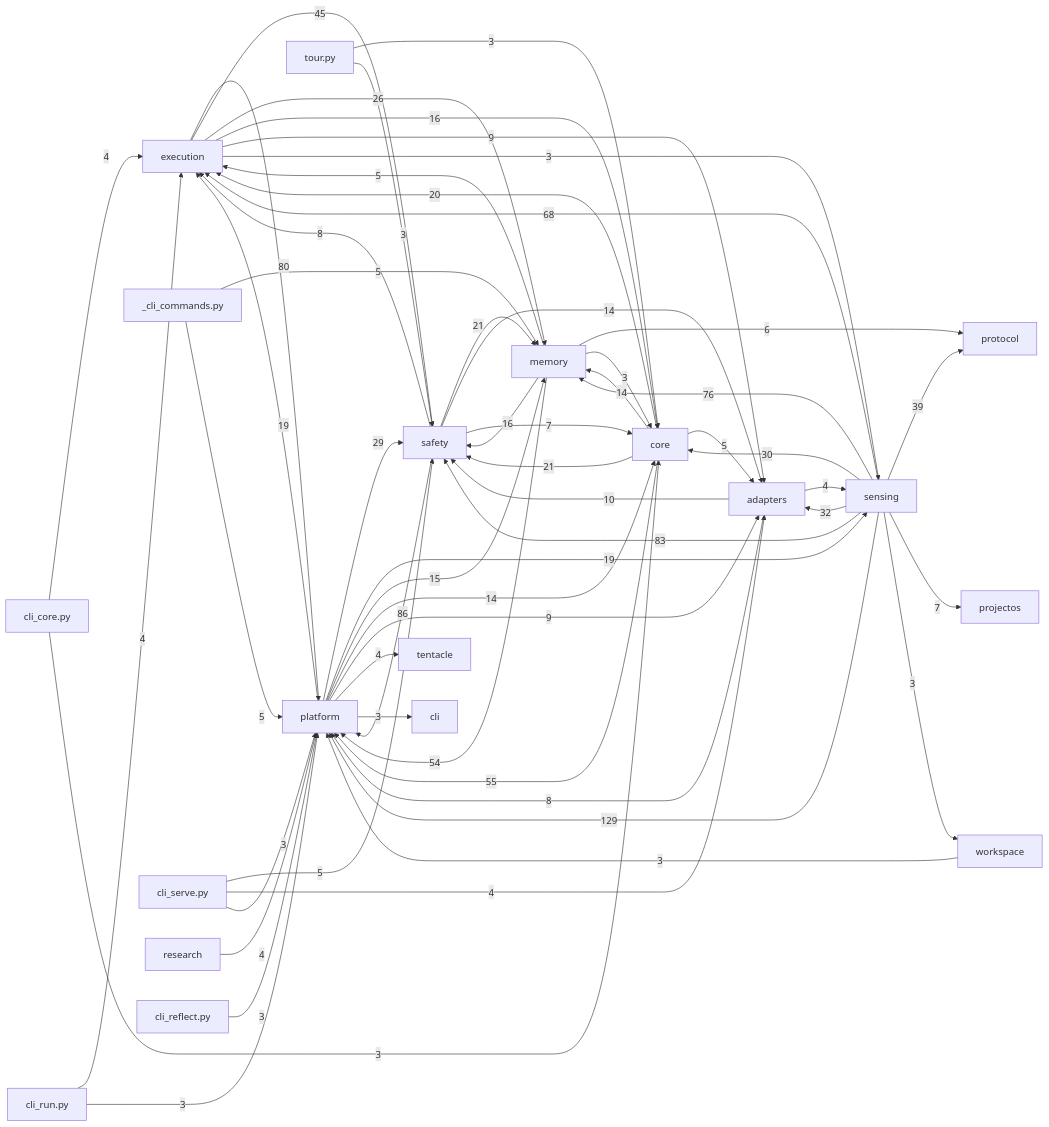
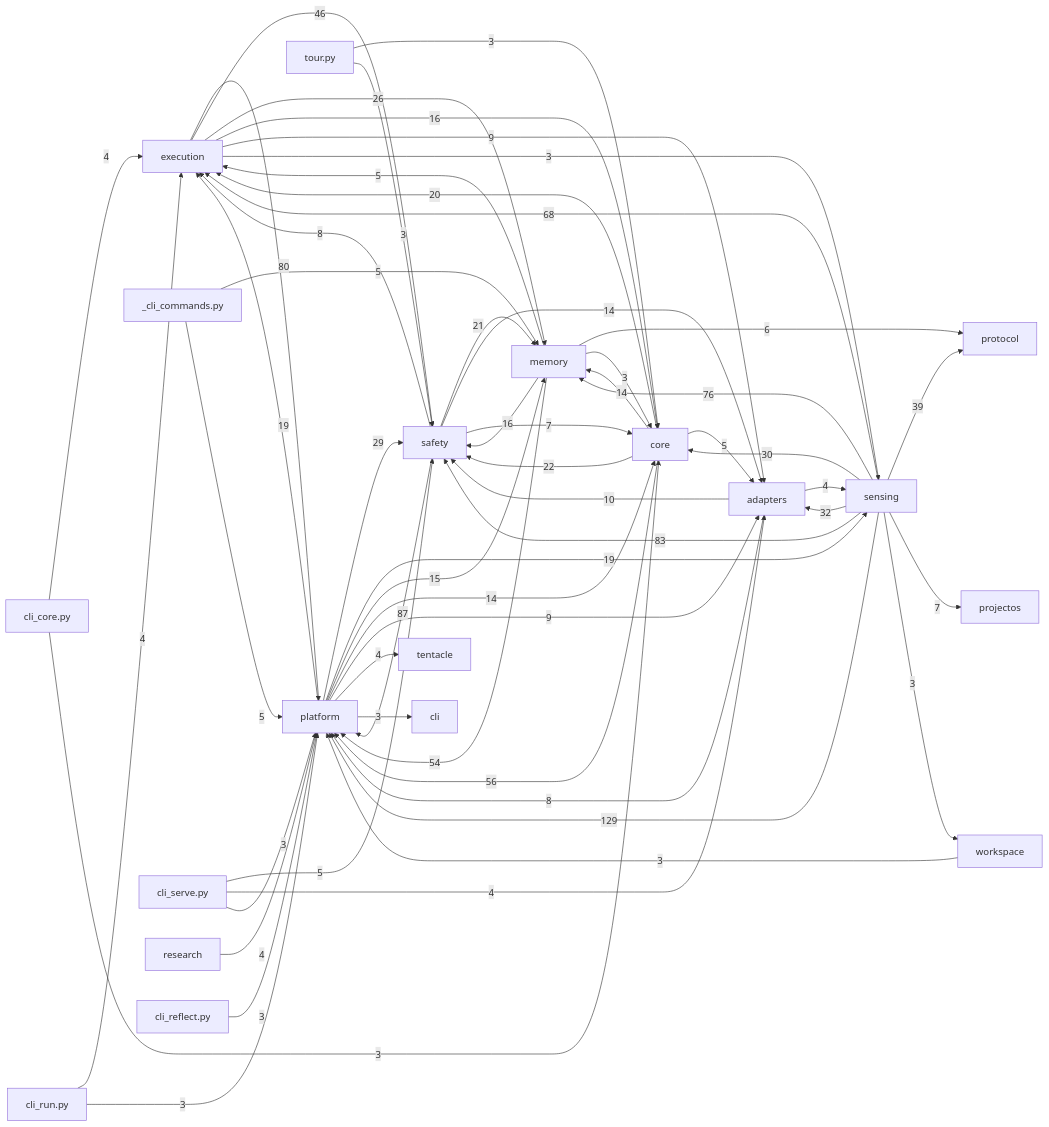
The diagram in docs/auto/20-backend/index.md (dengdenghua/octopus-agent), drawn with Mermaid before and after one commit. The commit also changed 31 other files, not shown here.

````diff
--- a/docs/auto/20-backend/index.md
+++ b/docs/auto/20-backend/index.md
@@ -26,65 +26,65 @@
 ```mermaid
 graph LR
   execution[execution]
   core[core]
   safety[safety]
   memory[memory]
   sensing[sensing]
   adapters[adapters]
   platform[platform]
   sensing -- 129 --> platform
-  safety -- 86 --> platform
+  safety -- 87 --> platform
   sensing -- 83 --> safety
   execution -- 80 --> platform
   sensing -- 76 --> memory
   sensing -- 68 --> execution
-  core -- 55 --> platform
+  core -- 56 --> platform
   memory -- 54 --> platform
-  execution -- 45 --> safety
+  execution -- 46 --> safety
   sensing -- 39 --> protocol
   sensing -- 32 --> adapters
   sensing -- 30 --> core
   platform -- 29 --> safety
   execution -- 26 --> memory
-  core -- 21 --> safety
+  core -- 22 --> safety
   safety -- 21 --> memory
   core -- 20 --> execution
   platform -- 19 --> execution
   platform -- 19 --> sensing
   execution -- 16 --> core
   memory -- 16 --> safety
   platform -- 15 --> memory
   core -- 14 --> memory
   platform -- 14 --> core
   safety -- 14 --> adapters
   adapters -- 10 --> safety
   execution -- 9 --> adapters
   platform -- 9 --> adapters
   adapters -- 8 --> platform
   safety -- 8 --> execution
   safety -- 7 --> core
   sensing -- 7 --> projectos
   memory -- 6 --> protocol
   _cli_commands.py -- 5 --> memory
   _cli_commands.py -- 5 --> platform
   cli_serve.py -- 5 --> safety
   core -- 5 --> adapters
   memory -- 5 --> execution
   adapters -- 4 --> sensing
   cli_core.py -- 4 --> execution
   cli_run.py -- 4 --> execution
   cli_serve.py -- 4 --> adapters
   platform -- 4 --> tentacle
   research -- 4 --> platform
   cli_core.py -- 3 --> core
   cli_reflect.py -- 3 --> platform
   cli_run.py -- 3 --> platform
   cli_serve.py -- 3 --> platform
   execution -- 3 --> sensing
   memory -- 3 --> core
   platform -- 3 --> cli
   sensing -- 3 --> workspace
   tour.py -- 3 --> core
   tour.py -- 3 --> safety
   workspace -- 3 --> platform
 ```
````
